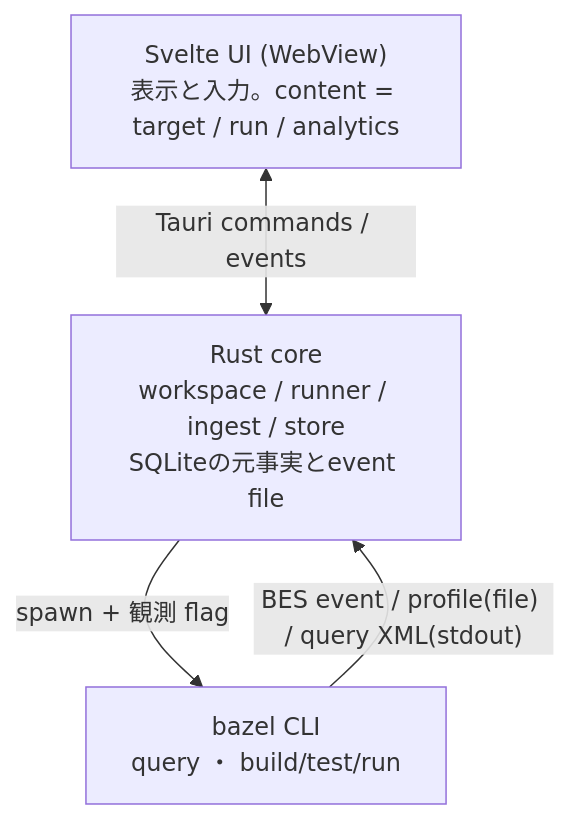
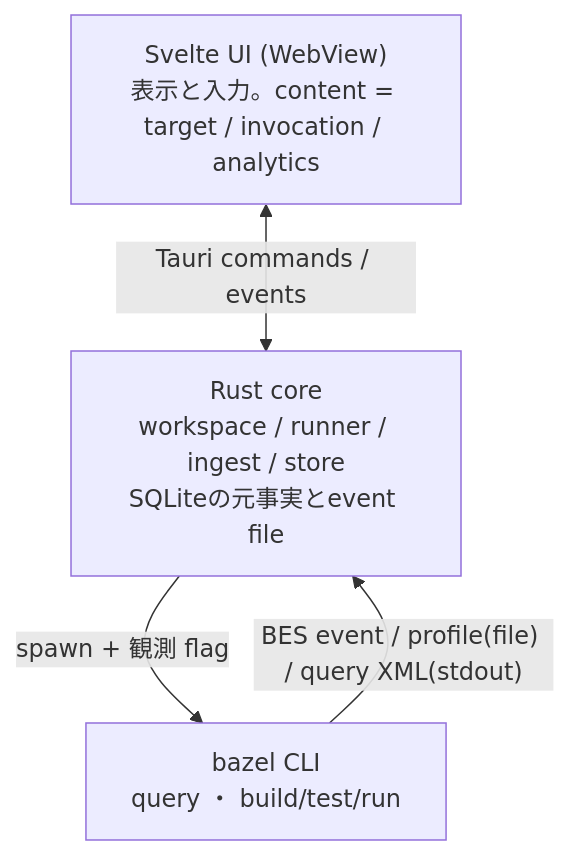
The diagram in docs/design/overview.md (OhataKenji/zeal), drawn with Mermaid before and after one commit. The commit also changed other lines of this file and 74 other files, not shown here.

````diff
--- a/docs/design/overview.md
+++ b/docs/design/overview.md
@@ -47,9 +47,9 @@
 ```mermaid
 flowchart TD
-    UI["Svelte UI (WebView)<br/>表示と入力。content = target / run / analytics"]
+    UI["Svelte UI (WebView)<br/>表示と入力。content = target / invocation / analytics"]
     CORE["Rust core<br/>workspace / runner / ingest / store<br/>SQLiteの元事実とevent file"]
     BAZEL["bazel CLI<br/>query ・ build/test/run"]
     UI <-->|"Tauri commands / events"| CORE
     CORE -->|"spawn + 観測 flag"| BAZEL
     BAZEL -->|"BES event / profile(file) / query XML(stdout)"| CORE
 ```
````
